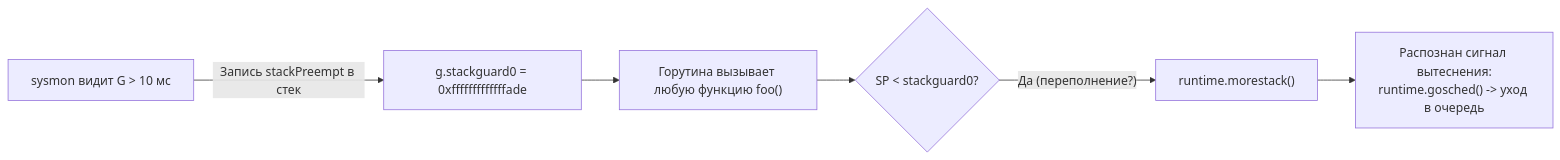
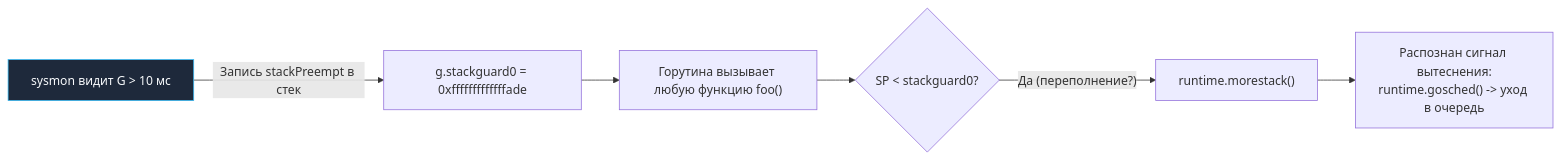
Before and after one commit to UnrealTemplier/go-textbook: the first of 2 diagrams in sources/7. Глубокий Go (Внутреннее устройство)/43. Preemption. Как Go останавливает горутины.md, drawn with Mermaid. The commit also changed other lines of this file and 1666 other files, not shown here.

First line of the commit message:
feat(mermaid): add semantic color classDef to 1369 colorless flowchart/graph diagrams

````diff
--- a/sources/7. Глубокий Go (Внутреннее устройство)/43. Preemption. Как Go останавливает горутины.md
+++ b/sources/7. Глубокий Go (Внутреннее устройство)/43. Preemption. Как Go останавливает горутины.md
@@ -54,8 +54,18 @@
 ```mermaid
 flowchart LR
-    SYSMON["sysmon видит G > 10 мс"] -->|"Запись stackPreempt в стек"| POISON["g.stackguard0 = 0xfffffffffffffade"]
+    classDef process  fill:#1e293b,stroke:#38bdf8,stroke-width:1px,color:#f8fafc
+    classDef success  fill:#064e3b,stroke:#34d399,stroke-width:1px,color:#f8fafc
+    classDef error    fill:#7f1d1d,stroke:#f87171,stroke-width:1px,color:#f8fafc
+    classDef warning  fill:#78350f,stroke:#fbbf24,stroke-width:1px,color:#f8fafc
+    classDef entry    fill:#1e3a5f,stroke:#38bdf8,stroke-width:2px,color:#f8fafc
+    classDef aux      fill:#334155,stroke:#64748b,stroke-width:1px,color:#f8fafc
+    classDef system   fill:#312e81,stroke:#a78bfa,stroke-width:1px,color:#f8fafc
+    classDef data     fill:#132d29,stroke:#2dd4bf,stroke-width:1px,color:#f8fafc
+    classDef network  fill:#881337,stroke:#fb7185,stroke-width:1px,color:#f8fafc
+    classDef accent   fill:#1e1b4b,stroke:#818cf8,stroke-width:1px,color:#f8fafc
+    SYSMON["sysmon видит G > 10 мс"]:::process -->|"Запись stackPreempt в стек"| POISON["g.stackguard0 = 0xfffffffffffffade"]
     POISON --> NEXT_CALL["Горутина вызывает любую функцию foo()"]
     NEXT_CALL --> CHECK{"SP < stackguard0?"}
     CHECK -- "Да (переполнение?)" --> MORE["runtime.morestack()"]
     MORE --> GOSCHED["Распознан сигнал вытеснения:<br>runtime.gosched() -> уход в очередь"]
 ```
````
